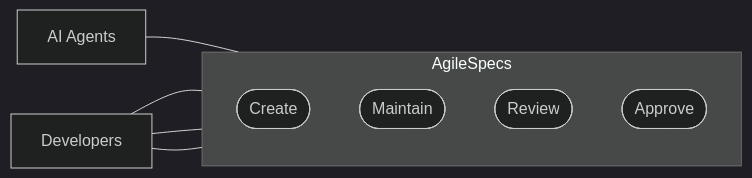
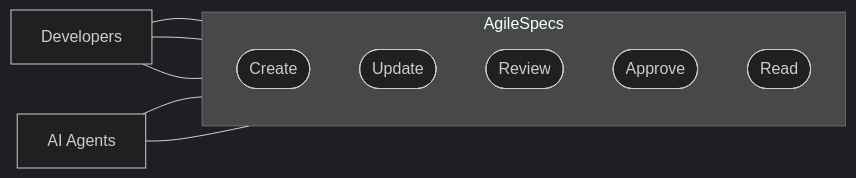
Before and after one commit to mtov/AgileSpec: the second of 7 diagrams in README.md, drawn with Mermaid (dark theme). The commit also changed other lines of this file, not shown here.

````diff
--- a/README.md
+++ b/README.md
@@ -71,18 +71,21 @@
 ```mermaid
 flowchart LR
     A["AI Agents"]
     H["Developers"]
 
     subgraph S["AgileSpecs"]
         direction TB
         C(["Create"])
-        M(["Maintain"])
+        U(["Update"])
         R(["Review"])
         P(["Approve"])
+        RR(["Read"])
     end
 
-    A --- M
     H --- C
     H --- R
     H --- P
+    A --- RR
+    A --- U
+    
 ```
````
